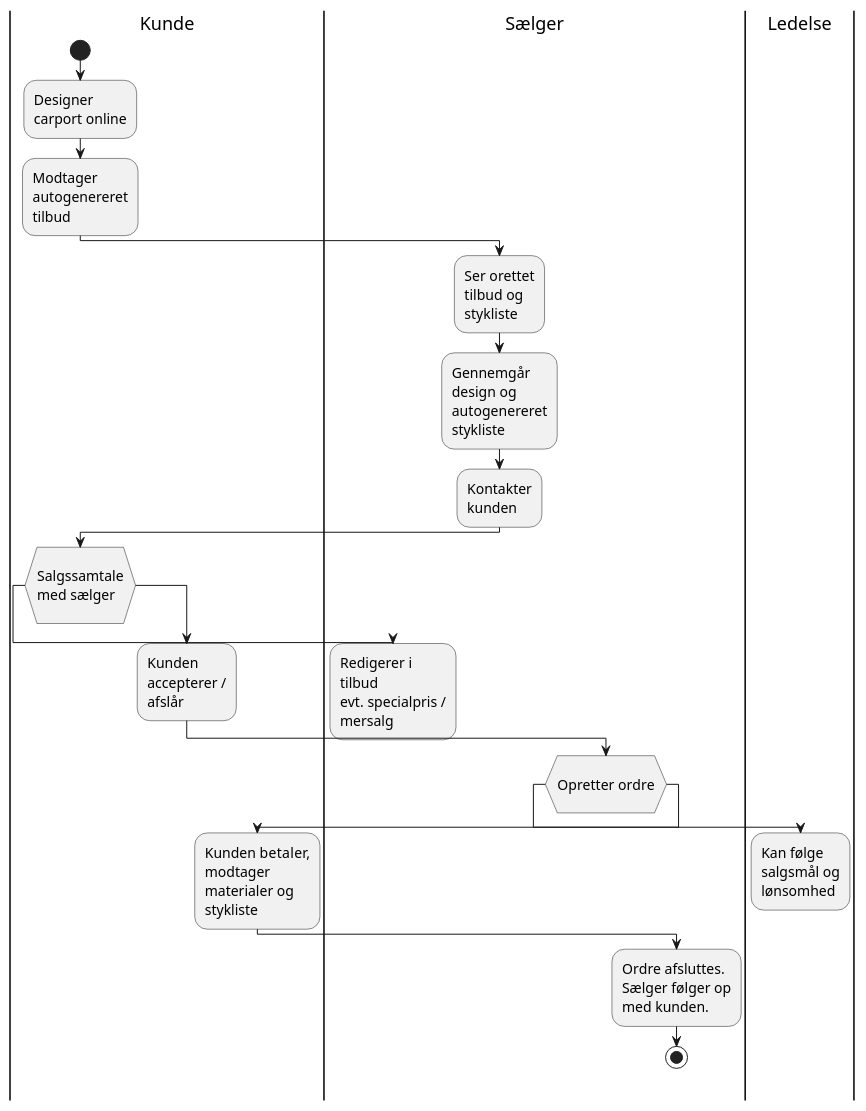
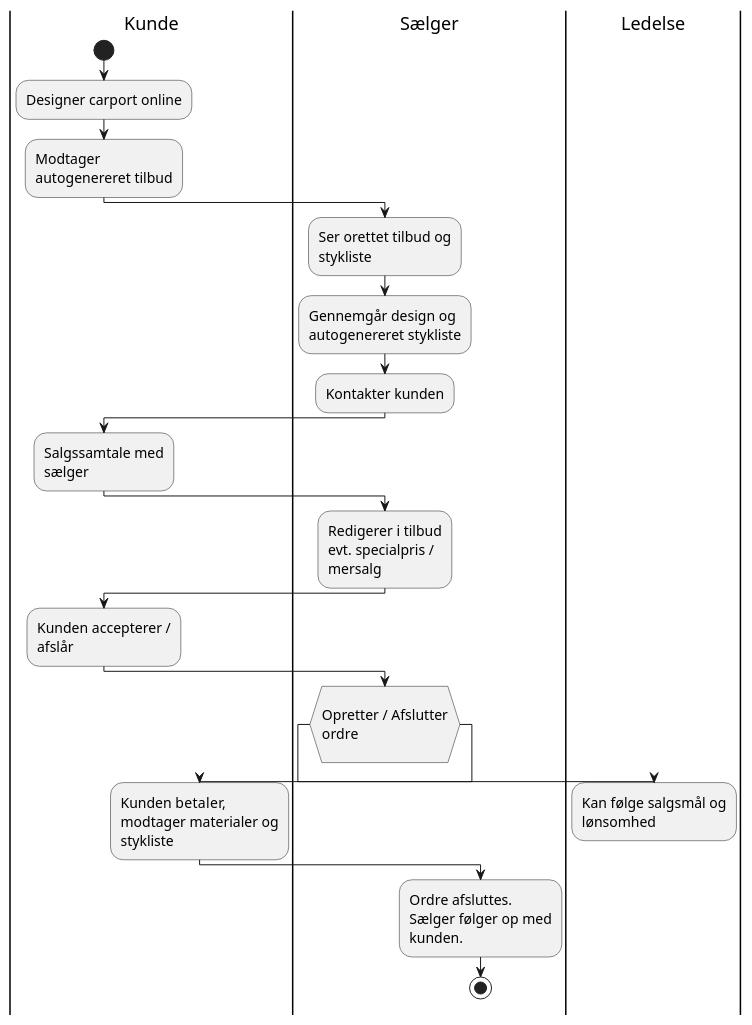
One commit to kalhauge/Fog changed the second of 2 diagrams in src/main/Diagrammer/FogAktivitetsDiagram.puml. Above: the diagram before and after it, drawn with PlantUML. The commit also changed 1 other file, not shown here.

Commit message:
plantUml + png

```diff
--- a/src/main/Diagrammer/FogAktivitetsDiagram.puml
+++ b/src/main/Diagrammer/FogAktivitetsDiagram.puml
@@ -44,41 +44,37 @@
 @startuml
-skinparam wrapWidth 110
+skinparam wrapWidth 160
 skinparam activityFontSize 14
 |Kunde|
 start
 :Designer carport online;
 :Modtager autogenereret tilbud;
 |Sælger|
 :Ser orettet tilbud og stykliste;
 :Gennemgår design og autogenereret stykliste;
 :Kontakter kunden;
 |Kunde|
+:Salgssamtale med sælger;
 
-if (
-<size:14>Salgssamtale
-<size:14>med sælger
-)
 |Sælger|
+
 :Redigerer i tilbud
 evt. specialpris / mersalg;
-detach
-else
 |Kunde|
 :Kunden accepterer / afslår;
+
 |Sælger|
 if (
-<size:14>Opretter ordre
+<size:14>Opretter / Afslutter ordre
 )
 |Ledelse|
 :Kan følge salgsmål og lønsomhed;
 detach
 else
 |Kunde|
 :Kunden betaler, modtager materialer og stykliste;
 |Sælger|
 :Ordre afsluttes.
 Sælger følger op med kunden.;
 stop
 
-
 @enduml
```
